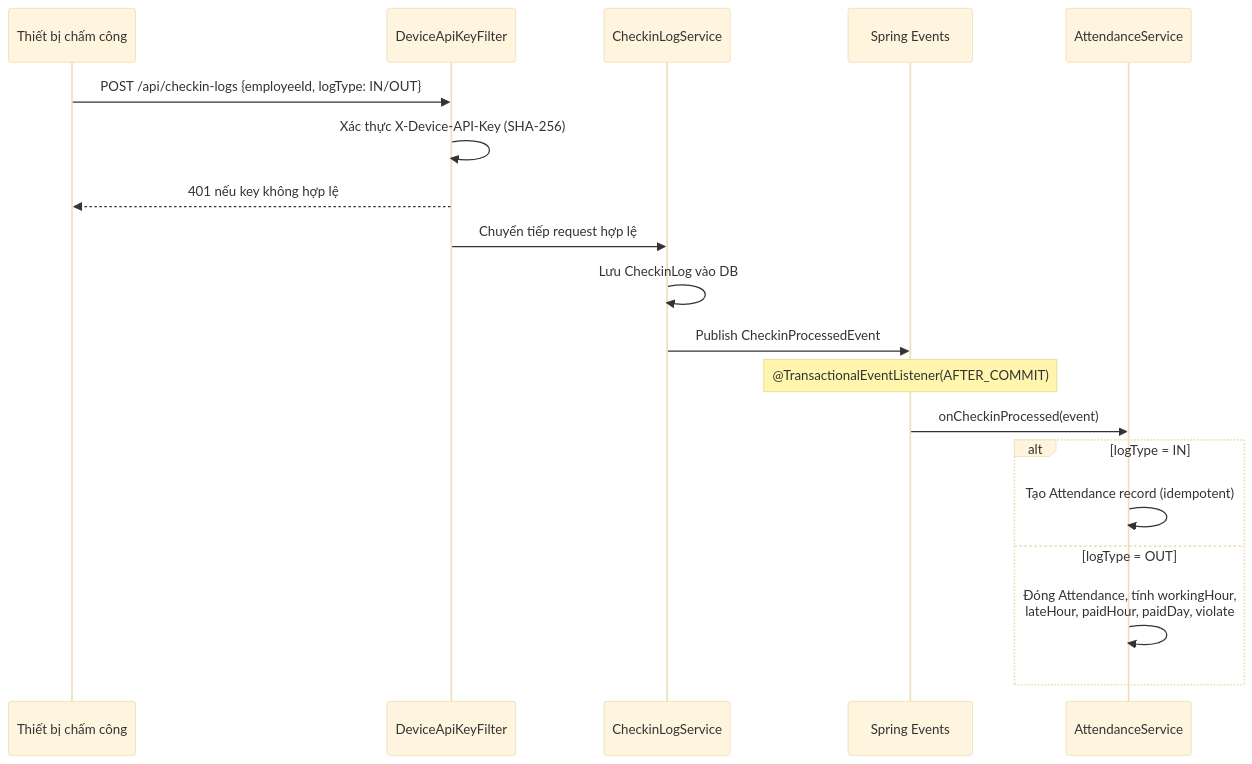
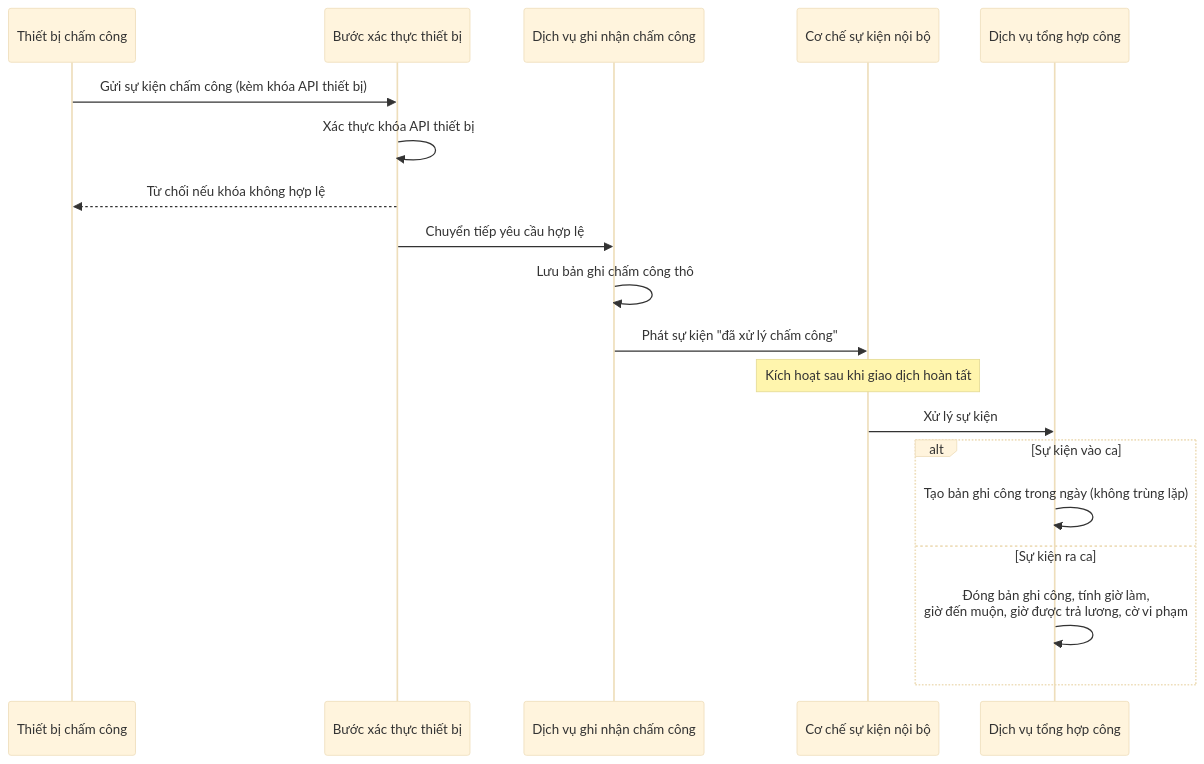
Before and after one commit to NBachTH/HRMS: the eighth of 19 diagrams in docs/DATN_20204812_NguyenThanhBach/DATN_20204812_NguyenThanhBach.md, drawn with Mermaid (base theme). The commit also changed other lines of this file, not shown here.

````diff
--- a/docs/DATN_20204812_NguyenThanhBach/DATN_20204812_NguyenThanhBach.md
+++ b/docs/DATN_20204812_NguyenThanhBach/DATN_20204812_NguyenThanhBach.md
@@ -404,22 +364,22 @@
 ```mermaid
 sequenceDiagram
     participant D as Thiết bị chấm công
-    participant F as DeviceApiKeyFilter
-    participant CLS as CheckinLogService
-    participant AE as Spring Events
-    participant AS as AttendanceService
+    participant F as Bước xác thực thiết bị
+    participant CLS as Dịch vụ ghi nhận chấm công
+    participant AE as Cơ chế sự kiện nội bộ
+    participant AS as Dịch vụ tổng hợp công
 
-    D->>F: POST /api/checkin-logs {employeeId, logType: IN/OUT}
-    F->>F: Xác thực X-Device-API-Key (SHA-256)
-    F-->>D: 401 nếu key không hợp lệ
-    F->>CLS: Chuyển tiếp request hợp lệ
-    CLS->>CLS: Lưu CheckinLog vào DB
-    CLS->>AE: Publish CheckinProcessedEvent
-    Note over AE: @TransactionalEventListener(AFTER_COMMIT)
-    AE->>AS: onCheckinProcessed(event)
-    alt logType = IN
-        AS->>AS: Tạo Attendance record (idempotent)
-    else logType = OUT
-        AS->>AS: Đóng Attendance, tính workingHour,<br/>lateHour, paidHour, paidDay, violate
+    D->>F: Gửi sự kiện chấm công (kèm khóa API thiết bị)
+    F->>F: Xác thực khóa API thiết bị
+    F-->>D: Từ chối nếu khóa không hợp lệ
+    F->>CLS: Chuyển tiếp yêu cầu hợp lệ
+    CLS->>CLS: Lưu bản ghi chấm công thô
+    CLS->>AE: Phát sự kiện "đã xử lý chấm công"
+    Note over AE: Kích hoạt sau khi giao dịch hoàn tất
+    AE->>AS: Xử lý sự kiện
+    alt Sự kiện vào ca
+        AS->>AS: Tạo bản ghi công trong ngày (không trùng lặp)
+    else Sự kiện ra ca
+        AS->>AS: Đóng bản ghi công, tính giờ làm,<br/>giờ đến muộn, giờ được trả lương, cờ vi phạm
     end
 ```
````
